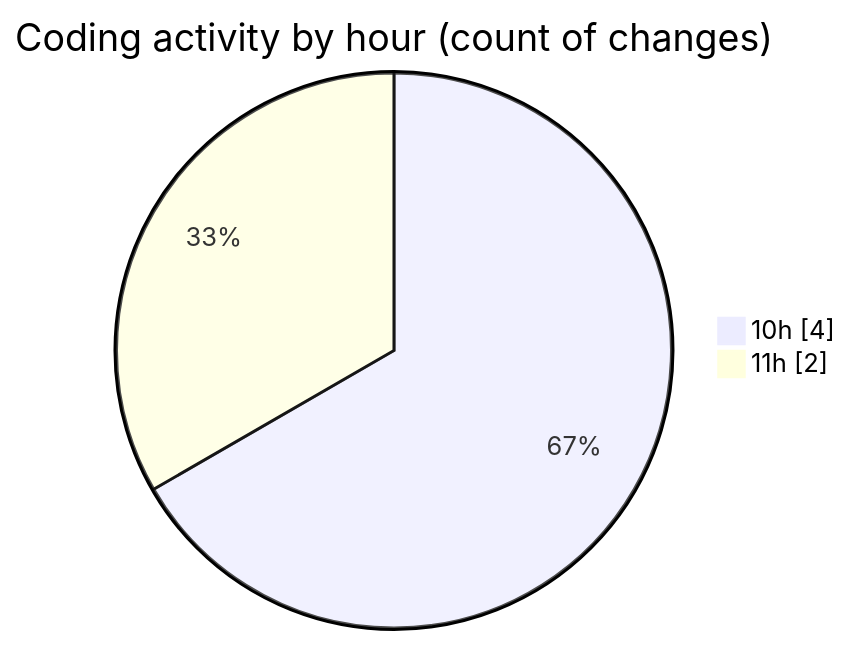
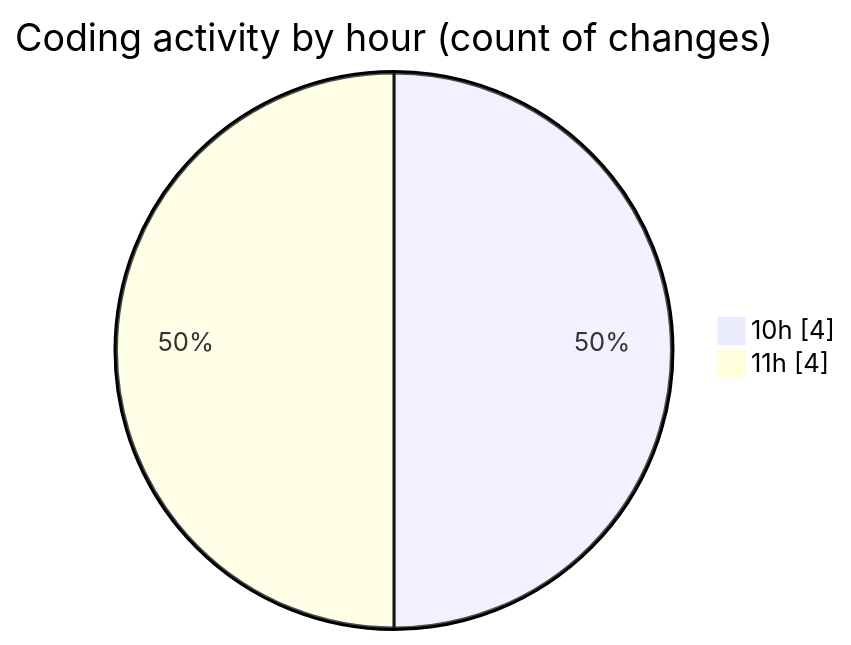
Before and after one commit to LanceThiago/code-tracking: the second of 2 diagrams in 2025-05-15/jogo/README.md, drawn with Mermaid. The commit also changed other lines of this file and 1 other file, not shown here.

````diff
--- a/2025-05-15/jogo/README.md
+++ b/2025-05-15/jogo/README.md
@@ -28,6 +30,6 @@
 ```mermaid
 pie showData
 title Coding activity by hour (count of changes)
 "10h" : 4
-"11h" : 2
+"11h" : 4
 ```
````
